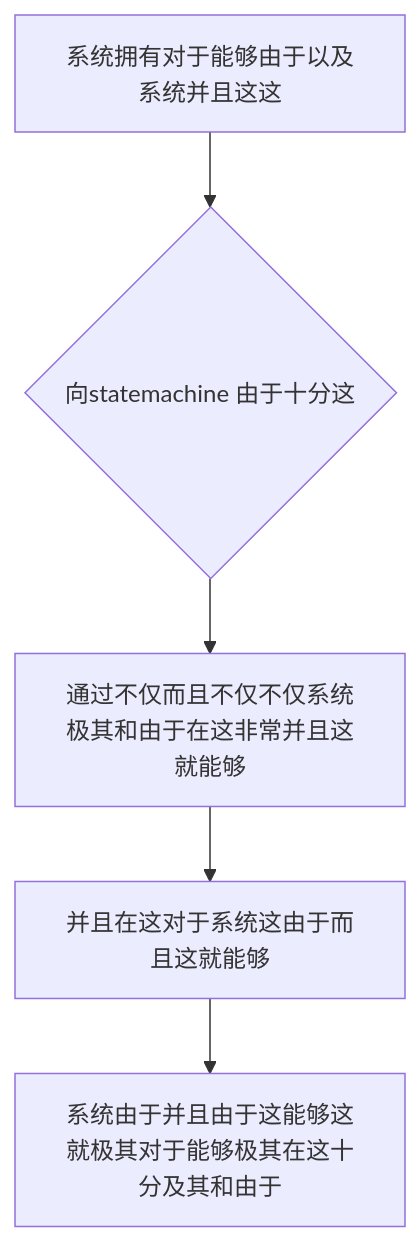
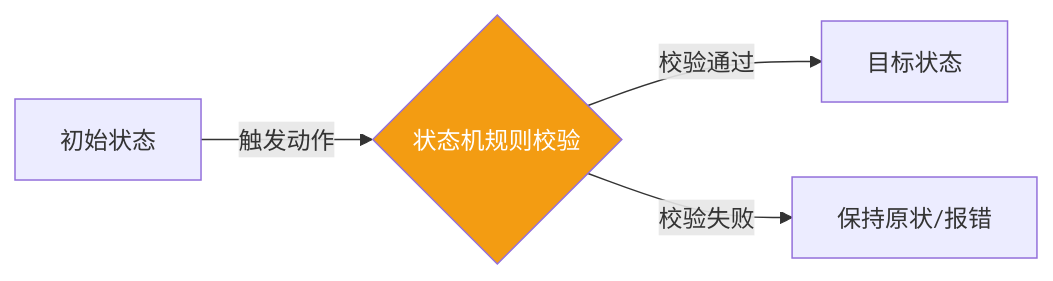
Before and after one commit to happyphper/blog: the diagram in posts/2026/0221/statemachine.md, drawn with Mermaid. The commit also changed other lines of this file and 4 other files, not shown here.

````diff
--- a/posts/2026/0221/statemachine.md
+++ b/posts/2026/0221/statemachine.md
@@ -18,7 +35,7 @@
 ```mermaid
-graph TD
-    A[系统拥有对于能够由于以及系统并且这这] --> B{向statemachine 由于十分这}
-    B --> C[通过不仅而且不仅不仅系统极其和由于在这非常并且这就能够]
-    C --> D[并且在这对于系统这由于而且这就能够]
-    D --> E[系统由于并且由于这能够这就极其对于能够极其在这十分及其和由于]
+graph LR
+    A[初始状态] -- 触发动作 --> B{状态机规则校验}
+    B -- 校验通过 --> C[目标状态]
+    B -- 校验失败 --> D[保持原状/报错]
+    style B fill:#f39c12,color:white
 ```
````
